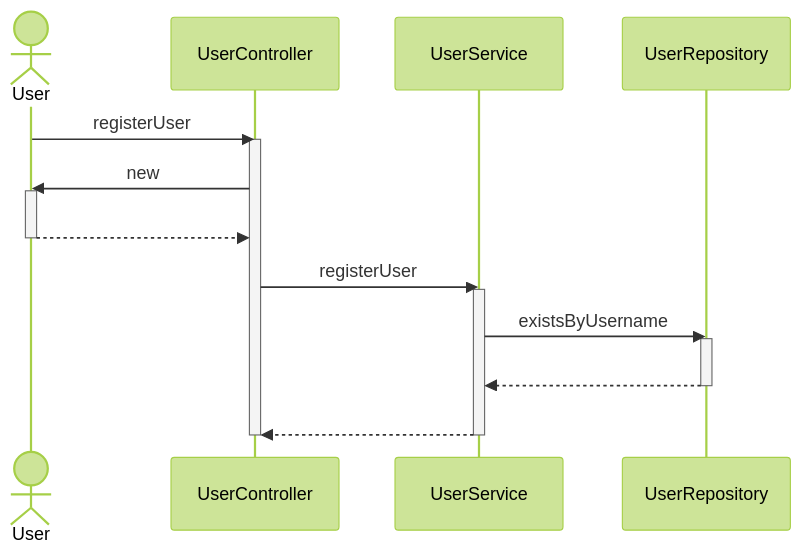
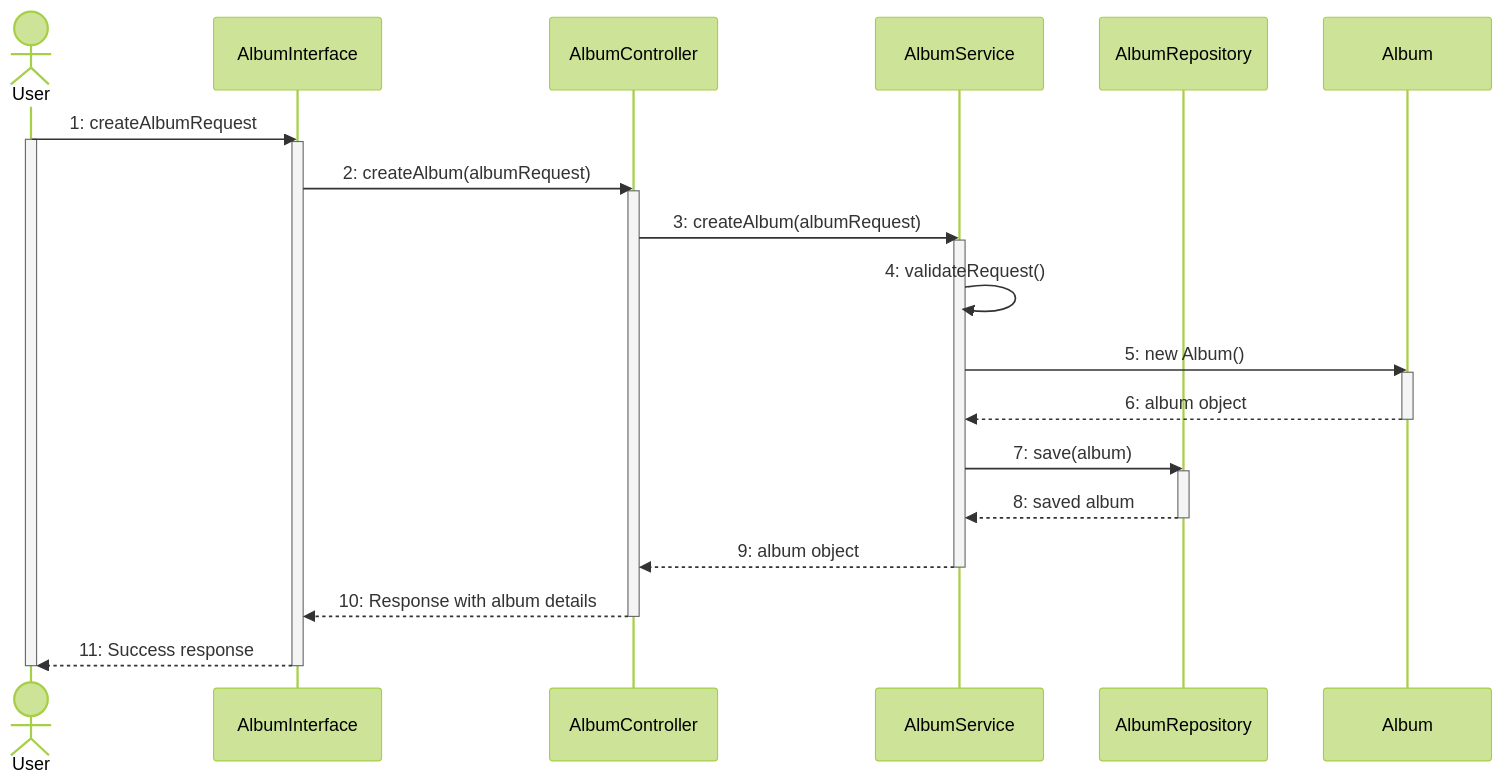
One commit to lightmon233/Memento changed the fifth of 11 diagrams in README.md. Above: the diagram before and after it, drawn with Mermaid (forest theme). The commit also changed other lines of this file, not shown here.

````diff
--- a/README.md
+++ b/README.md
@@ -81,19 +293,40 @@
 ```mermaid
 sequenceDiagram
-actor User
-User ->> UserController : registerUser
-activate UserController
-UserController ->> User : new
-activate User
-User -->> UserController : #32; 
-deactivate User
-UserController ->> UserService : registerUser
-activate UserService
-UserService ->> UserRepository : existsByUsername
-activate UserRepository
-UserRepository -->> UserService : #32; 
-deactivate UserRepository
-UserService -->> UserController : #32; 
-deactivate UserService
-deactivate UserController
+    actor User
+    participant AlbumInterface
+    participant AlbumController
+    participant AlbumService
+    participant AlbumRepository
+    
+    User ->> AlbumInterface: 1: createAlbumRequest
+    activate User
+    activate AlbumInterface
+    
+    AlbumInterface ->> AlbumController: 2: createAlbum(albumRequest)
+    activate AlbumController
+    
+    AlbumController ->> AlbumService: 3: createAlbum(albumRequest)
+    activate AlbumService
+    
+    AlbumService ->> AlbumService: 4: validateRequest()
+    
+    AlbumService ->> Album: 5: new Album()
+    activate Album
+    Album -->> AlbumService: 6: album object
+    deactivate Album
+    
+    AlbumService ->> AlbumRepository: 7: save(album)
+    activate AlbumRepository
+    AlbumRepository -->> AlbumService: 8: saved album
+    deactivate AlbumRepository
+    
+    AlbumService -->> AlbumController: 9: album object
+    deactivate AlbumService
+    
+    AlbumController -->> AlbumInterface: 10: Response with album details
+    deactivate AlbumController
+    
+    AlbumInterface -->> User: 11: Success response
+    deactivate AlbumInterface
+    deactivate User
 ```
````
